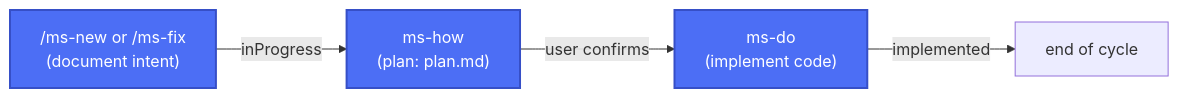
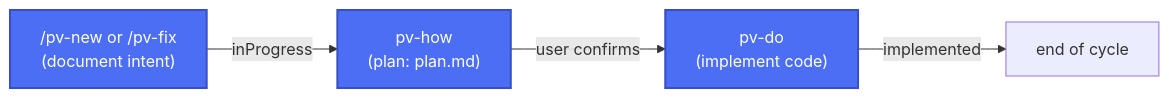
The diagram in README.en.md (yeyopepe/previo), drawn with Mermaid before and after one commit. The commit also changed other lines of this file and 51 other files, not shown here.

````diff
--- a/README.en.md
+++ b/README.en.md
@@ -36,14 +54,14 @@
 ```mermaid
 flowchart LR
-    A["/ms-new or /ms-fix\n(document intent)"]
-    B["ms-how\n(plan: plan.md)"]
-    C["ms-do\n(implement code)"]
+    A["/pv-new or /pv-fix\n(document intent)"]
+    B["pv-how\n(plan: plan.md)"]
+    C["pv-do\n(implement code)"]
     H["end of cycle"]
 
     A -->|"inProgress"| B
     B -->|user confirms| C
     C -->|"implemented"| H
 
     class A,B,C required
     classDef required fill:#4c6ef5,stroke:#364fc7,stroke-width:2px,color:#fff
 ```
````
